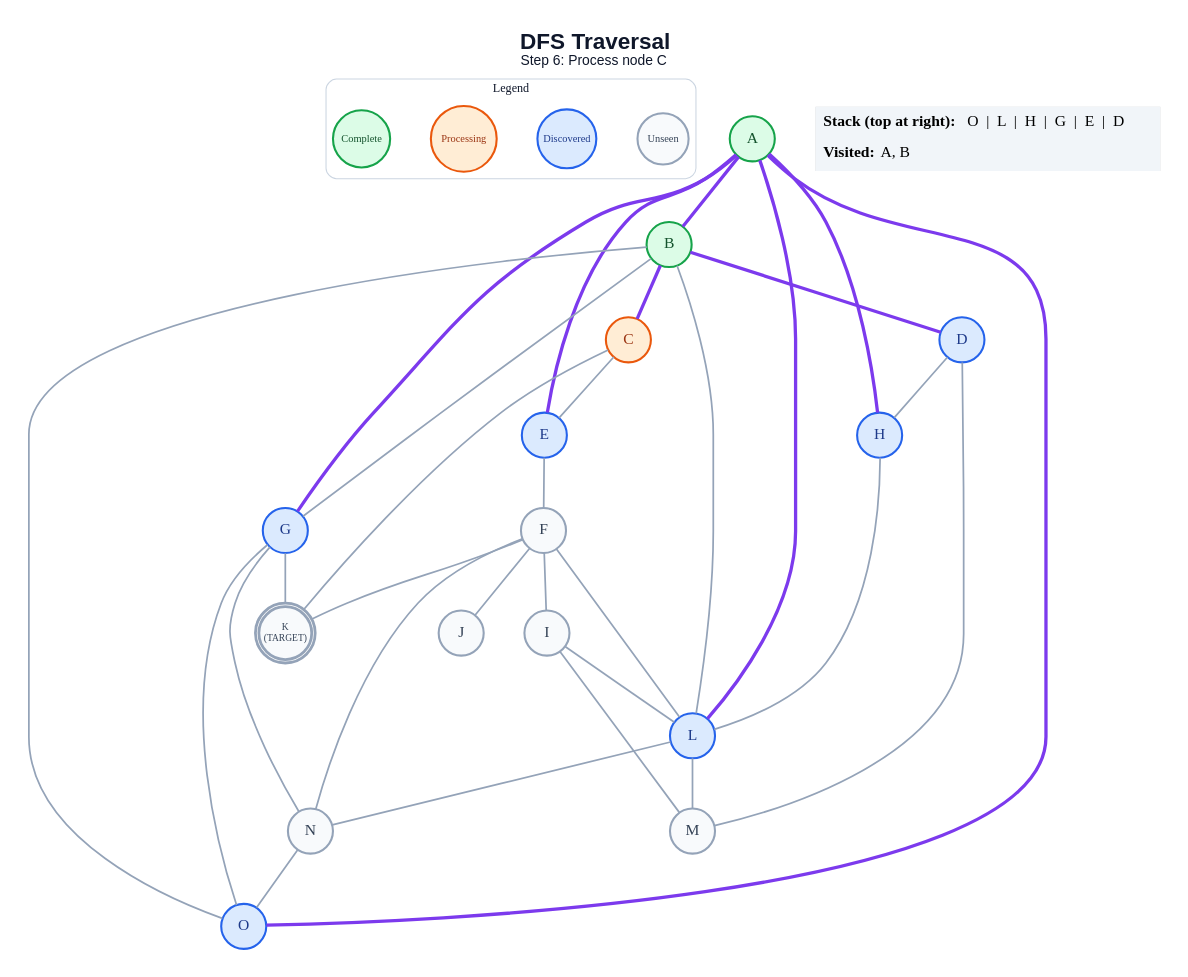
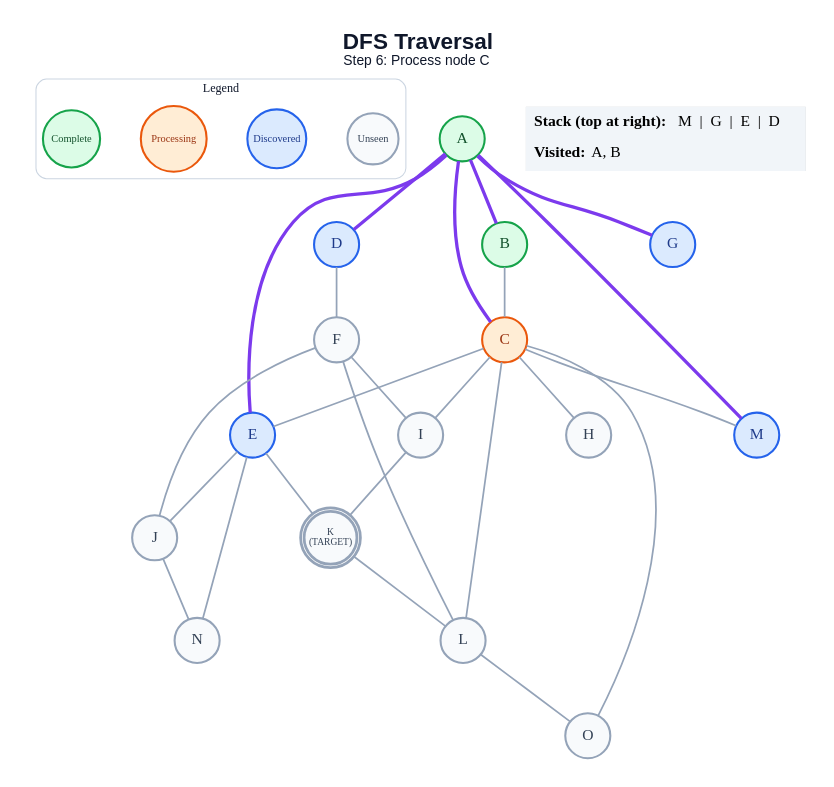
One commit to anon7238593-create/ai-slop changed the diagram in generated/short-circuit/dfs/step_06.dot. Above: the diagram before and after it, drawn with Graphviz. The commit also changed 262 other files, not shown here.

```diff
--- a/generated/short-circuit/dfs/step_06.dot
+++ b/generated/short-circuit/dfs/step_06.dot
@@ -1,64 +1,58 @@
 graph traversal {
   graph [layout=dot, rankdir=TB, bgcolor="#FFFFFF", pad="0.35", nodesep="0.65", ranksep="0.8", fontname="Arial"];
   node [shape=circle, style="filled", fontname="Arial Bold", fontsize=18, width=0.72, fixedsize=true, penwidth=2.4];
   edge [color="#94A3B8", penwidth=2.0];
   label=<<B>DFS Traversal</B><BR/><FONT POINT-SIZE="16">Step 6: Process node C</FONT>>; labelloc="t"; fontsize=26; fontname="Arial"; fontcolor="#0F172A";
   subgraph cluster_legend { label="Legend"; color="#CBD5E1"; penwidth=1.2; style="rounded"; fontsize=14; fontname="Arial Bold";
     key_unseen [label="Unseen", fillcolor="#F8FAFC", color="#94A3B8", fontcolor="#334155", fontsize=12, width=0.82];
     key_frontier [label="Discovered", fillcolor="#DBEAFE", color="#2563EB", fontcolor="#1E3A8A", fontsize=12, width=0.95];
     key_current [label="Processing", fillcolor="#FFEDD5", color="#EA580C", fontcolor="#9A3412", fontsize=12, width=1.05];
     key_done [label="Complete", fillcolor="#DCFCE7", color="#16A34A", fontcolor="#14532D", fontsize=12, width=0.92];
     { rank=same; key_unseen; key_frontier; key_current; key_done; }
   }
   A [label="A", fillcolor="#DCFCE7", color="#16A34A", fontcolor="#14532D", peripheries=1, penwidth=2.4];
   B [label="B", fillcolor="#DCFCE7", color="#16A34A", fontcolor="#14532D", peripheries=1, penwidth=2.4];
   C [label="C", fillcolor="#FFEDD5", color="#EA580C", fontcolor="#9A3412", peripheries=1, penwidth=2.4];
   D [label="D", fillcolor="#DBEAFE", color="#2563EB", fontcolor="#1E3A8A", peripheries=1, penwidth=2.4];
   E [label="E", fillcolor="#DBEAFE", color="#2563EB", fontcolor="#1E3A8A", peripheries=1, penwidth=2.4];
   F [label="F", fillcolor="#F8FAFC", color="#94A3B8", fontcolor="#334155", peripheries=1, penwidth=2.4];
   G [label="G", fillcolor="#DBEAFE", color="#2563EB", fontcolor="#1E3A8A", peripheries=1, penwidth=2.4];
-  H [label="H", fillcolor="#DBEAFE", color="#2563EB", fontcolor="#1E3A8A", peripheries=1, penwidth=2.4];
+  H [label="H", fillcolor="#F8FAFC", color="#94A3B8", fontcolor="#334155", peripheries=1, penwidth=2.4];
   I [label="I", fillcolor="#F8FAFC", color="#94A3B8", fontcolor="#334155", peripheries=1, penwidth=2.4];
   J [label="J", fillcolor="#F8FAFC", color="#94A3B8", fontcolor="#334155", peripheries=1, penwidth=2.4];
   K [label="K\n(TARGET)", fillcolor="#F8FAFC", color="#94A3B8", fontcolor="#334155", peripheries=2, penwidth=3.2, fontsize=11, width=0.85, height=0.85];
-  L [label="L", fillcolor="#DBEAFE", color="#2563EB", fontcolor="#1E3A8A", peripheries=1, penwidth=2.4];
-  M [label="M", fillcolor="#F8FAFC", color="#94A3B8", fontcolor="#334155", peripheries=1, penwidth=2.4];
+  L [label="L", fillcolor="#F8FAFC", color="#94A3B8", fontcolor="#334155", peripheries=1, penwidth=2.4];
+  M [label="M", fillcolor="#DBEAFE", color="#2563EB", fontcolor="#1E3A8A", peripheries=1, penwidth=2.4];
   N [label="N", fillcolor="#F8FAFC", color="#94A3B8", fontcolor="#334155", peripheries=1, penwidth=2.4];
-  O [label="O", fillcolor="#DBEAFE", color="#2563EB", fontcolor="#1E3A8A", peripheries=1, penwidth=2.4];
+  O [label="O", fillcolor="#F8FAFC", color="#94A3B8", fontcolor="#334155", peripheries=1, penwidth=2.4];
   A -- B [color="#7C3AED", penwidth=3.8];
+  A -- C [color="#7C3AED", penwidth=3.8];
+  A -- D [color="#7C3AED", penwidth=3.8];
   A -- E [color="#7C3AED", penwidth=3.8];
   A -- G [color="#7C3AED", penwidth=3.8];
-  A -- H [color="#7C3AED", penwidth=3.8];
-  A -- L [color="#7C3AED", penwidth=3.8];
-  A -- O [color="#7C3AED", penwidth=3.8];
-  B -- C [color="#7C3AED", penwidth=3.8];
-  B -- D [color="#7C3AED", penwidth=3.8];
-  B -- G;
-  B -- L;
-  B -- O;
+  A -- M [color="#7C3AED", penwidth=3.8];
+  B -- C;
   C -- E;
-  C -- K;
-  D -- H;
-  D -- M;
-  E -- F;
+  C -- H;
+  C -- I;
+  C -- L;
+  C -- M;
+  C -- O;
+  D -- F;
+  E -- J;
+  E -- K;
+  E -- N;
   F -- I;
   F -- J;
-  F -- K;
   F -- L;
-  F -- N;
-  G -- K;
-  G -- N;
-  G -- O;
-  H -- L;
-  I -- L;
-  I -- M;
-  L -- M;
-  L -- N;
-  N -- O;
+  I -- K;
+  J -- N;
+  K -- L;
+  L -- O;
   status [shape=plain, fixedsize=false, width=0, height=0, margin=0, label=<
     <TABLE BORDER="0" CELLBORDER="0" CELLPADDING="7" BGCOLOR="#F1F5F9">
-      <TR><TD ALIGN="LEFT"><B>Stack (top at right):</B> O  |  L  |  H  |  G  |  E  |  D</TD></TR>
+      <TR><TD ALIGN="LEFT"><B>Stack (top at right):</B> M  |  G  |  E  |  D</TD></TR>
       <TR><TD ALIGN="LEFT"><B>Visited:</B> A, B</TD></TR>
     </TABLE>
   >];
 }
```
